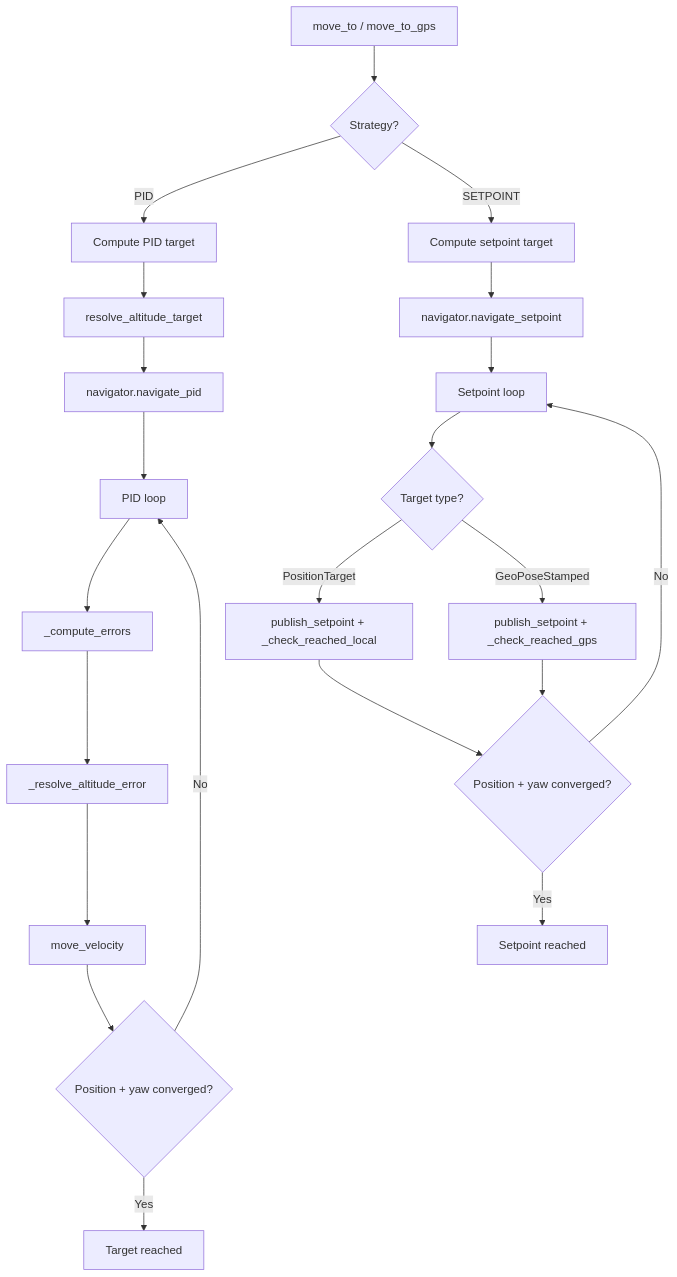
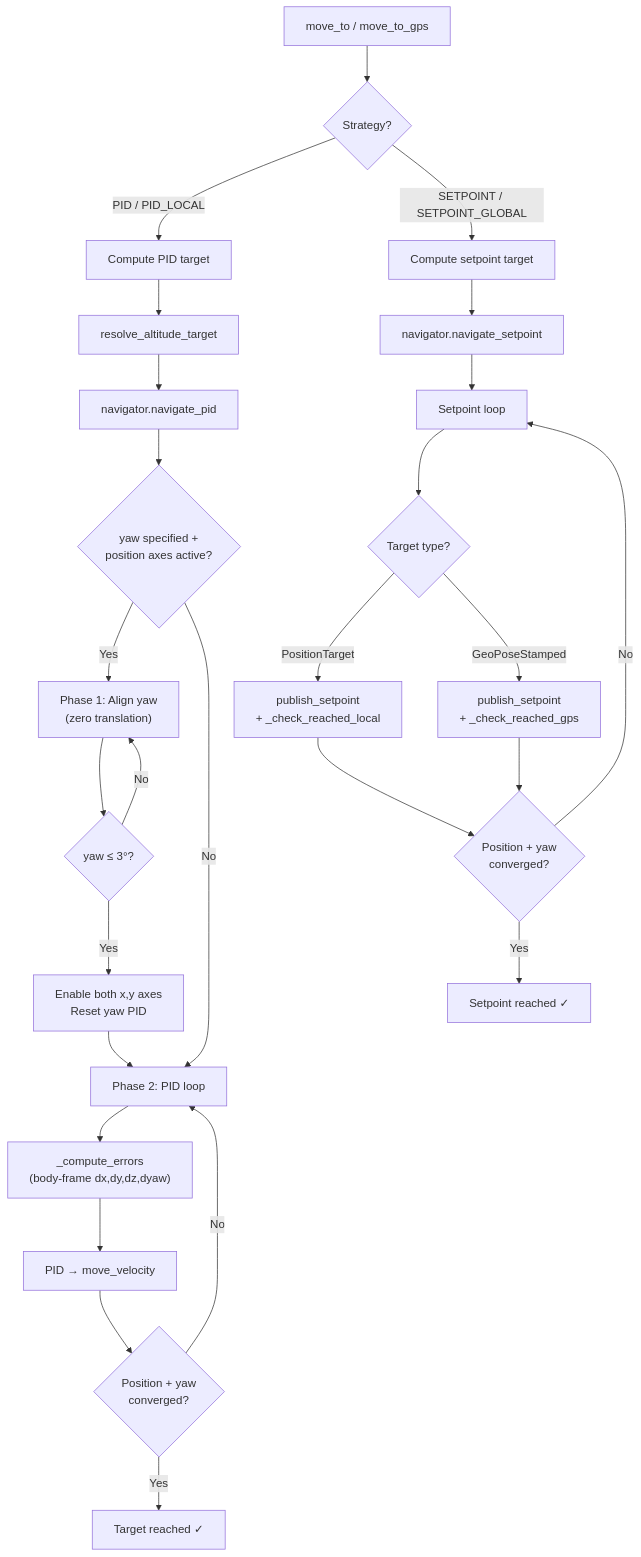
Before and after one commit to Black-Bee-Drones/nectar-sdk: the second of 3 diagrams in nectar/nectar/control/mavros/README.md, drawn with Mermaid. The commit also changed other lines of this file and 1 other file, not shown here.

Commit message:
feat: add check altitude safe and update mavros docs

````diff
--- a/nectar/nectar/control/mavros/README.md
+++ b/nectar/nectar/control/mavros/README.md
@@ -406,24 +526,29 @@
 ```mermaid
 flowchart TD
     A["move_to / move_to_gps"] --> B{"Strategy?"}
-    B -->|PID| C["Compute PID target"]
-    B -->|SETPOINT| D["Compute setpoint target"]
+    B -->|PID / PID_LOCAL| C["Compute PID target"]
+    B -->|SETPOINT / SETPOINT_GLOBAL| D["Compute setpoint target"]
     C --> E["resolve_altitude_target"]
     E --> F["navigator.navigate_pid"]
     D --> G["navigator.navigate_setpoint"]
-    F --> H["PID loop"]
+    F --> yawCheck{"yaw specified +\nposition axes active?"}
+    yawCheck -->|Yes| yawPhase["Phase 1: Align yaw\n(zero translation)"]
+    yawPhase --> yawDone{"yaw ≤ 3°?"}
+    yawDone -->|No| yawPhase
+    yawDone -->|Yes| enableXY["Enable both x,y axes\nReset yaw PID"]
+    enableXY --> H
+    yawCheck -->|No| H["Phase 2: PID loop"]
+    H --> J["_compute_errors\n(body-frame dx,dy,dz,dyaw)"]
+    J --> L["PID → move_velocity"]
+    L --> yawPID{"Position + yaw\nconverged?"}
+    yawPID -->|No| H
+    yawPID -->|Yes| donePID["Target reached ✓"]
     G --> I["Setpoint loop"]
-    H --> J["_compute_errors"]
-    J --> K["_resolve_altitude_error"]
-    K --> L["move_velocity"]
-    L --> yawPID{"Position + yaw converged?"}
-    yawPID -->|No| H
-    yawPID -->|Yes| donePID["Target reached"]
     I --> M{"Target type?"}
-    M -->|PositionTarget| N["publish_setpoint + _check_reached_local"]
-    M -->|GeoPoseStamped| O["publish_setpoint + _check_reached_gps"]
-    N --> yawSP{"Position + yaw converged?"}
+    M -->|PositionTarget| N["publish_setpoint\n+ _check_reached_local"]
+    M -->|GeoPoseStamped| O["publish_setpoint\n+ _check_reached_gps"]
+    N --> yawSP{"Position + yaw\nconverged?"}
     O --> yawSP
     yawSP -->|No| I
-    yawSP -->|Yes| doneSP["Setpoint reached"]
+    yawSP -->|Yes| doneSP["Setpoint reached ✓"]
 ```
````
